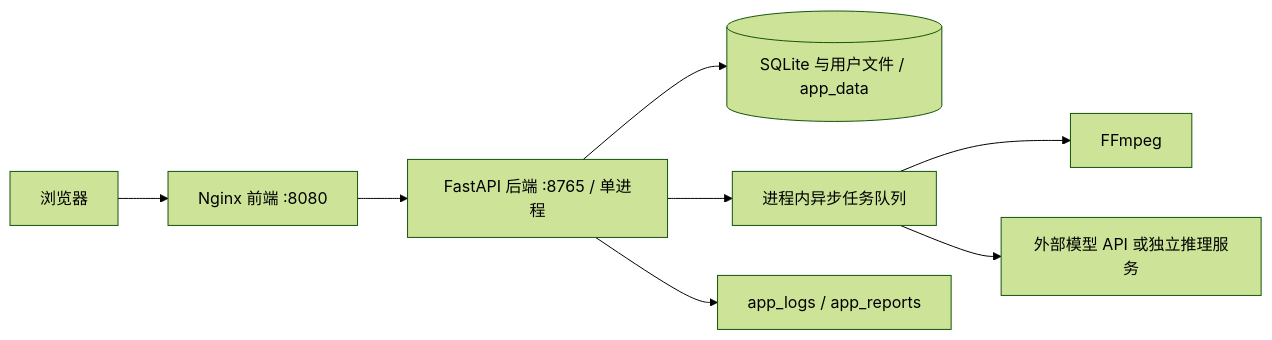
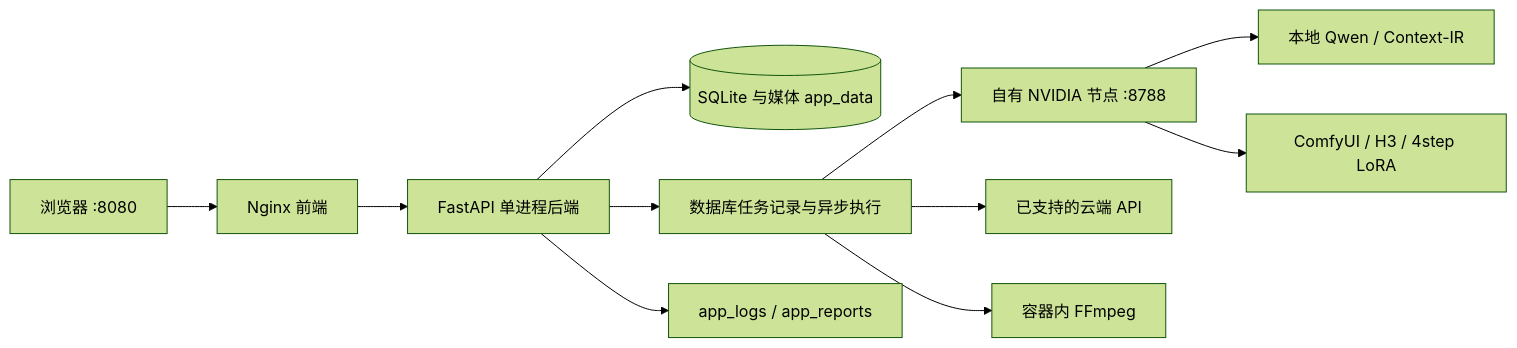
One commit to willzhang35929924-ui/AI_Video_Creation changed the diagram in README.md. Above: the diagram before and after it, drawn with Mermaid (forest theme). The commit also changed other lines of this file and 145 other files, not shown here.

````diff
--- a/README.md
+++ b/README.md
@@ -46,10 +83,13 @@
 ```mermaid
 flowchart LR
-    B[浏览器] --> F[Nginx 前端 :8080]
-    F --> A[FastAPI 后端 :8765 / 单进程]
-    A --> D[(SQLite 与用户文件 / app_data)]
-    A --> W[进程内异步任务队列]
-    W --> X[FFmpeg]
-    W --> C[外部模型 API 或独立推理服务]
+    B[浏览器 :8080] --> F[Nginx 前端]
+    F --> A[FastAPI 单进程后端]
+    A --> D[(SQLite 与媒体 app_data)]
+    A --> Q[数据库任务记录与异步执行]
+    Q --> N[自有 NVIDIA 节点 :8788]
+    N --> V[本地 Qwen / Context-IR]
+    N --> H[ComfyUI / H3 / 4step LoRA]
+    Q --> C[已支持的云端 API]
+    Q --> M[容器内 FFmpeg]
     A --> L[app_logs / app_reports]
 ```
````
